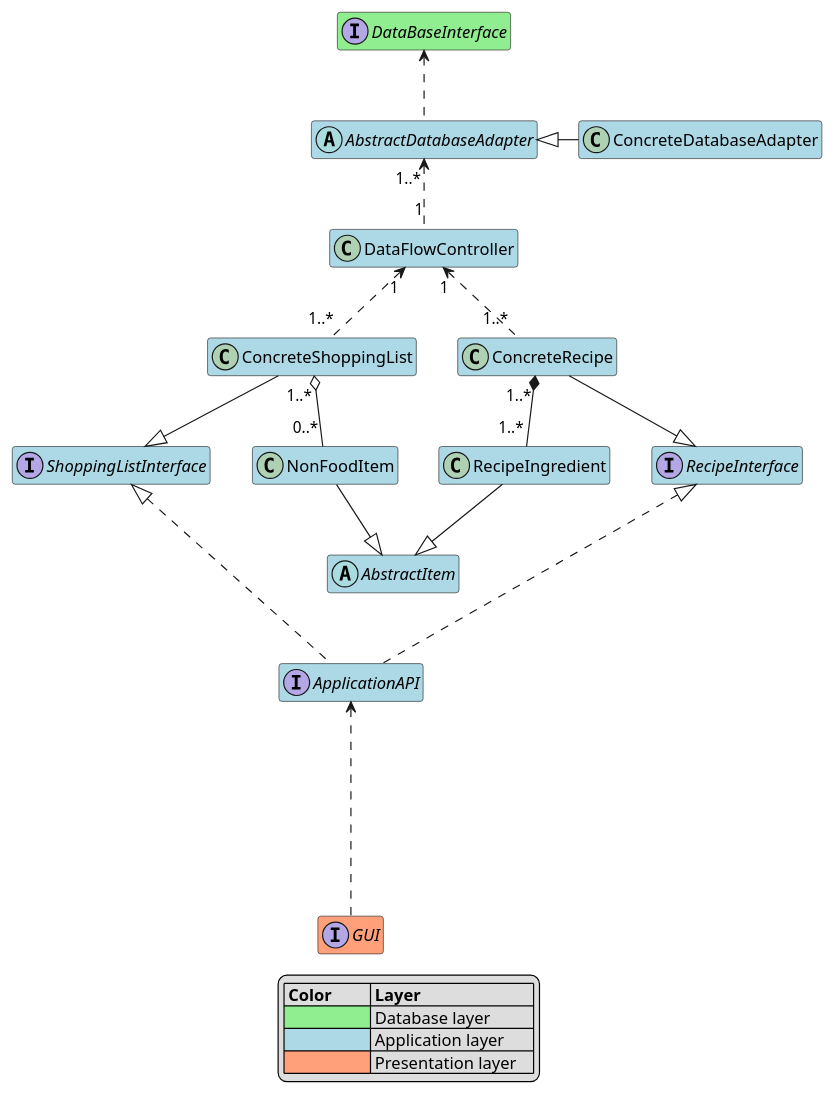
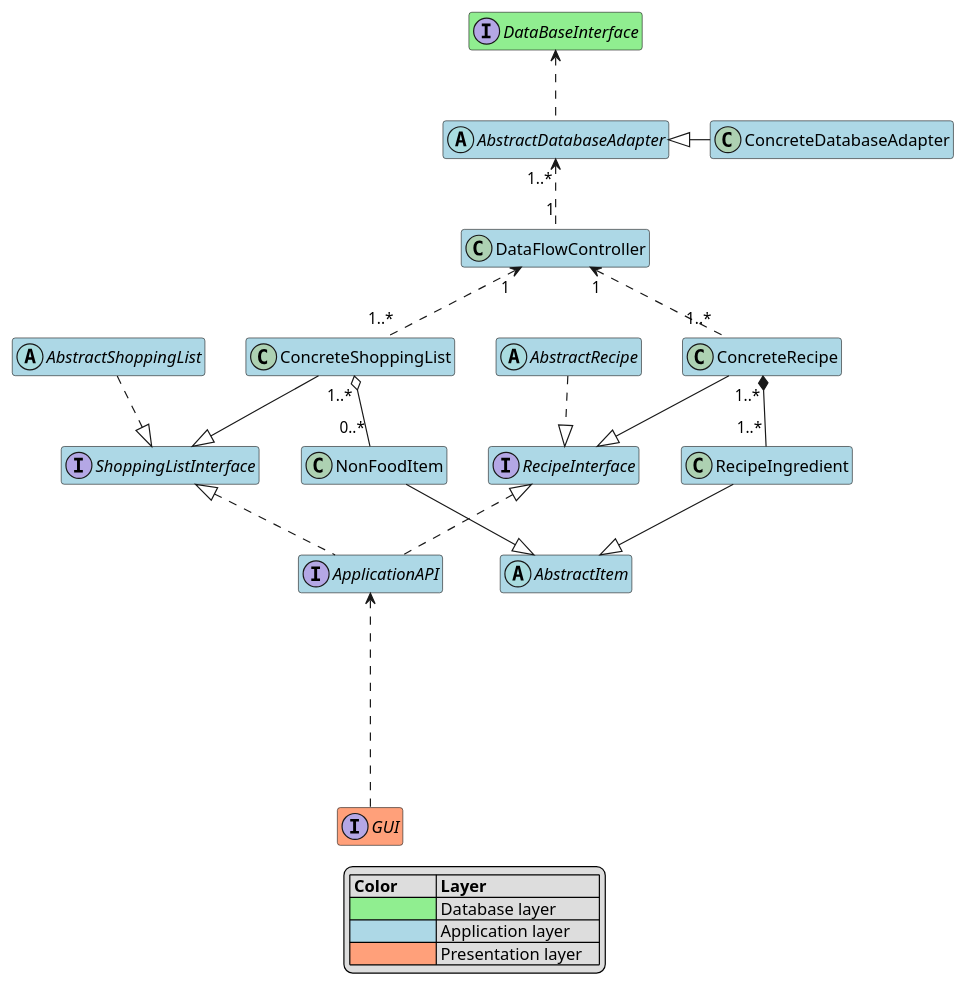
The diagram in Architecture/BlackBoxViewApplication.puml (Uhgtred/Recipe_Shopping_List), drawn with PlantUML before and after one commit. The commit also changed 1 other file, not shown here.

Commit message:
Refined relationships in BlackBoxViewApplication.puml
- Changed the relationship between `ApplicationAPI` and `RecipeInterface`/`ShoppingListInterface` to an extension.
- Added abstract classes `AbstractRecipe` and `AbstractShoppingList` and established a realization relationship with `RecipeInterface` and `ShoppingListInterface` respectively.

```diff
--- a/Architecture/BlackBoxViewApplication.puml
+++ b/Architecture/BlackBoxViewApplication.puml
@@ -1,51 +1,57 @@
 @startuml
 hide empty members
 
 
 interface DataBaseInterface #lightgreen
 
 
 interface GUI #lightsalmon
 GUI ..u..> ApplicationAPI
 
 
 interface RecipeInterface #lightblue
 interface ShoppingListInterface #lightblue
 abstract class AbstractItem #lightblue
 
 abstract class AbstractDatabaseAdapter #lightblue
 AbstractDatabaseAdapter .u.> DataBaseInterface
 
 class ConcreteDatabaseAdapter #lightblue
 ConcreteDatabaseAdapter -l-|> AbstractDatabaseAdapter
 
 class DataFlowController #lightblue
 DataFlowController "1" .u.> "1..*" AbstractDatabaseAdapter
 
 interface ApplicationAPI #lightblue
-ApplicationAPI .u..|> RecipeInterface
-ApplicationAPI .u..|> ShoppingListInterface
+ApplicationAPI .u.|> RecipeInterface
+ApplicationAPI .u.|> ShoppingListInterface
+
+abstract class AbstractRecipe #lightblue
+AbstractRecipe ..|> RecipeInterface
+
+abstract class AbstractShoppingList #lightblue
+AbstractShoppingList ..|> ShoppingListInterface
 
 class ConcreteShoppingList #lightblue
 ConcreteShoppingList --|> ShoppingListInterface
 ConcreteShoppingList "1..*" .u.> "1" DataFlowController
 
 class ConcreteRecipe #lightblue
 ConcreteRecipe  --|> RecipeInterface
 ConcreteRecipe "1..*" .u.> "1" DataFlowController
 
 class RecipeIngredient #lightblue
 RecipeIngredient "1..*" -u-* "1..*" ConcreteRecipe
 RecipeIngredient -d-|> AbstractItem
 
 class NonFoodItem #lightblue
 NonFoodItem "0..*"-u-o "1..*" ConcreteShoppingList
 NonFoodItem -d-|> AbstractItem
 
 legend bottom
 | **Color**         | **Layer**             |
 | <#lightgreen>     | Database layer        |
 | <#lightblue>      | Application layer     |
 | <#lightsalmon>    | Presentation layer    |
 end legend
 @enduml
```
